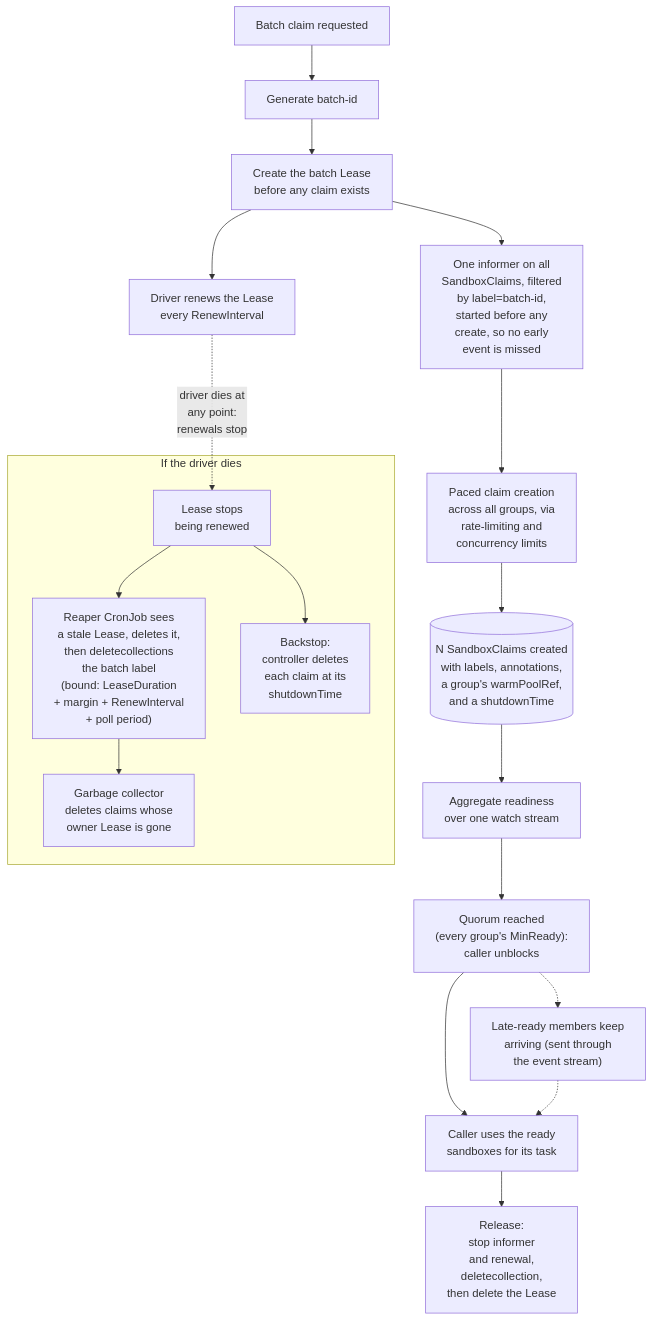
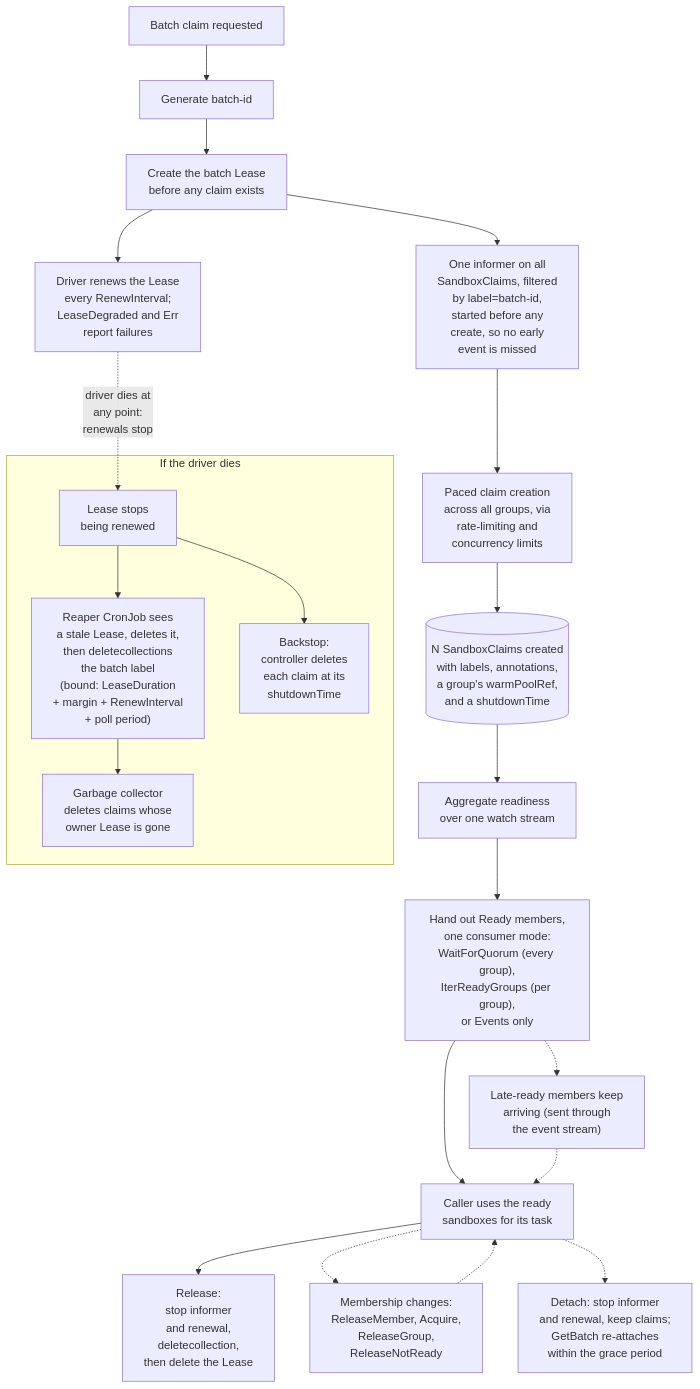
The diagram in batch-primitives/batch_claim_proposal.md (briankhoi/agent-sandbox), drawn with Mermaid before and after one commit. The commit also changed other lines of this file, not shown here.

Commit message:
notes: show every consumer mode, membership changes and detach in the lifecycle diagram
The diagram showed only the WaitForQuorum path, so IterReadyGroups,
Events-only, Acquire and the release methods, and the Detach/GetBatch
handoff were missing. The scalability table also left out the Python
SDK's per-sandbox Sandbox GET on first connect, which connect() now
skips, and the two connections a batch holds beyond its creates. The
reaper parts of the diagram wait for the reaper cleanup review.

````diff
--- a/batch-primitives/batch_claim_proposal.md
+++ b/batch-primitives/batch_claim_proposal.md
@@ -172,32 +172,36 @@
 ```mermaid
 flowchart TD
     Start["Batch claim requested"]
     Mint["Generate batch-id"]
     Lease["Create the batch Lease<br/>before any claim exists"]
     Watch["One informer on all<br/>SandboxClaims, filtered<br/>by label=batch-id,<br/>started before any<br/>create, so no early<br/>event is missed"]
     Create["Paced claim creation<br/>across all groups, via<br/>rate-limiting and<br/>concurrency limits"]
     Claims[("N SandboxClaims created<br/>with labels, annotations,<br/>a group's warmPoolRef,<br/>and a shutdownTime")]
     Aggregate["Aggregate readiness<br/>over one watch stream"]
-    Quorum["Quorum reached<br/>(every group's MinReady):<br/>caller unblocks"]
+    Quorum["Hand out Ready members,<br/>one consumer mode:<br/>WaitForQuorum (every group),<br/>IterReadyGroups (per group),<br/>or Events only"]
     Work["Caller uses the ready<br/>sandboxes for its task"]
     LateReady["Late-ready members keep<br/>arriving (sent through<br/>the event stream)"]
+    Swap["Membership changes:<br/>ReleaseMember, Acquire,<br/>ReleaseGroup,<br/>ReleaseNotReady"]
     Release["Release:<br/>stop informer<br/>and renewal,<br/>deletecollection,<br/>then delete the Lease"]
-    Renew["Driver renews the Lease<br/>every RenewInterval"]
+    Detach["Detach: stop informer<br/>and renewal, keep claims;<br/>GetBatch re-attaches<br/>within the grace period"]
+    Renew["Driver renews the Lease<br/>every RenewInterval;<br/>LeaseDegraded and Err<br/>report failures"]
 
     Start --> Mint --> Lease --> Watch --> Create --> Claims
     Claims --> Aggregate --> Quorum --> Work --> Release
     Quorum -.-> LateReady -.-> Work
+    Work -.-> Swap -.-> Work
+    Work -.-> Detach
     Lease --> Renew
 
     subgraph CrashSafety["If the driver dies"]
       NoRenew["Lease stops<br/>being renewed"]
       Reaper["Reaper CronJob sees<br/>a stale Lease, deletes it,<br/>then deletecollections<br/>the batch label<br/>(bound: LeaseDuration<br/>+ margin + RenewInterval<br/>+ poll period)"]
       GC["Garbage collector<br/>deletes claims whose<br/>owner Lease is gone"]
       Cap["Backstop:<br/>controller deletes<br/>each claim at its<br/>shutdownTime"]
       NoRenew --> Reaper
       Reaper --> GC
       NoRenew --> Cap
     end
 
     Renew -.->|driver dies at<br/>any point:<br/>renewals stop| NoRenew
 ```
````
